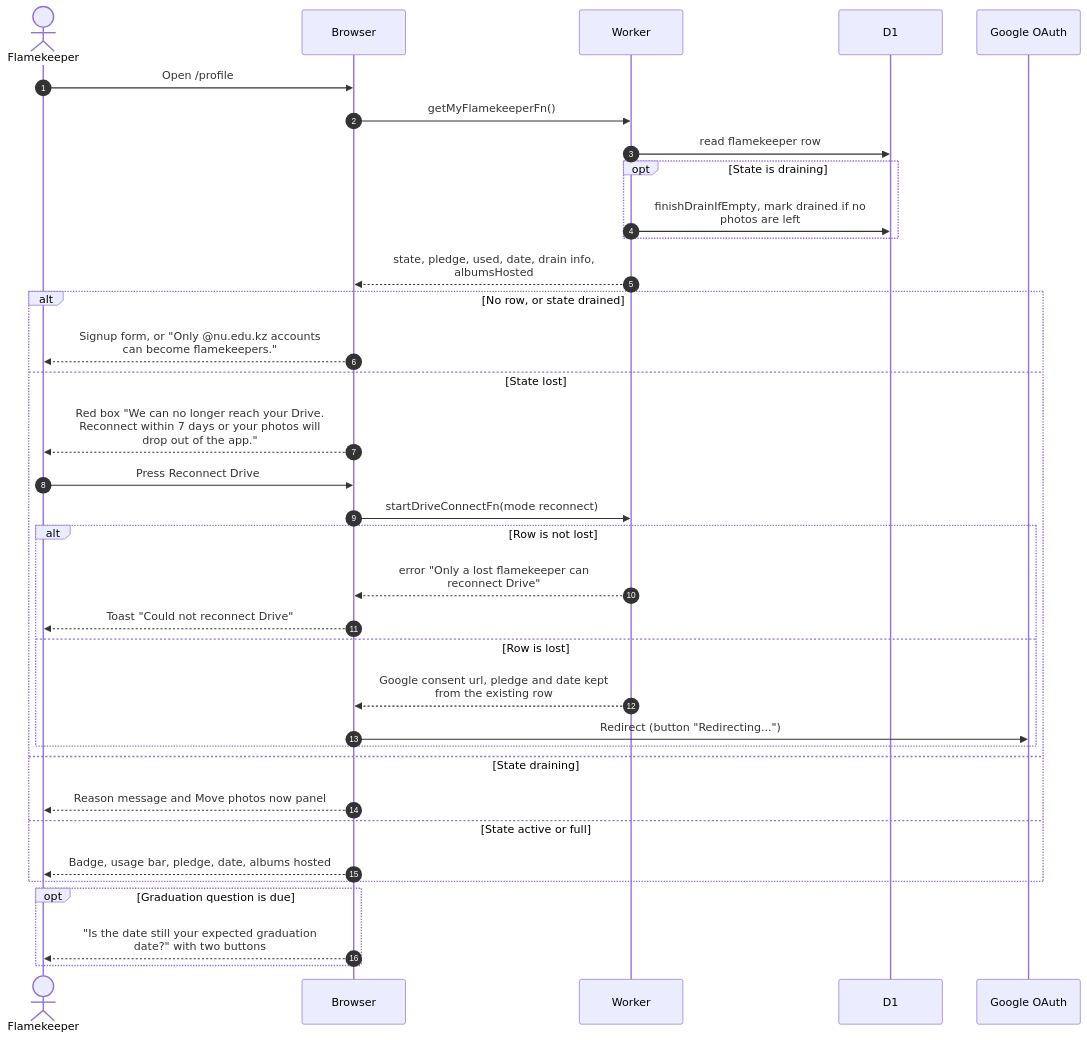
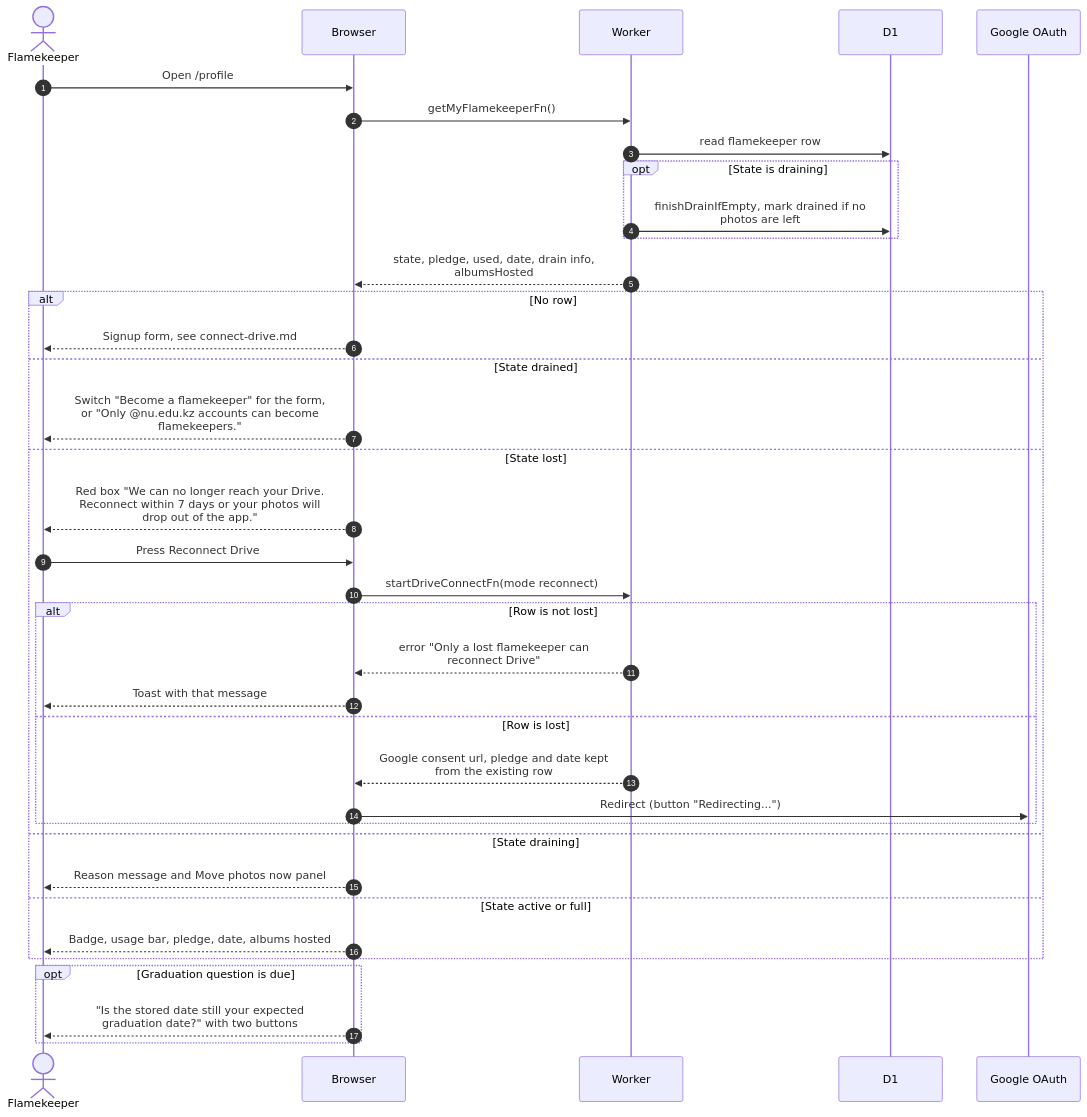
One commit to sagyzdop/meriksirat changed the diagram in docs/scenarios/flamekeepers/profile-card.md. Above: the diagram before and after it, drawn with Mermaid. The commit also changed other lines of this file and 12 other files, not shown here.

Commit message:
docs(scenarios): verify flamekeepers diagrams against the code

````diff
--- a/docs/scenarios/flamekeepers/profile-card.md
+++ b/docs/scenarios/flamekeepers/profile-card.md
@@ -28,37 +35,39 @@
 ```mermaid
 sequenceDiagram
     autonumber
     actor F as Flamekeeper
     participant Browser
     participant Worker
     participant D1
     participant GO as Google OAuth
     F->>Browser: Open /profile
     Browser->>Worker: getMyFlamekeeperFn()
     Worker->>D1: read flamekeeper row
     opt State is draining
         Worker->>D1: finishDrainIfEmpty, mark drained if no<br/>photos are left
     end
     Worker-->>Browser: state, pledge, used, date, drain info,<br/>albumsHosted
-    alt No row, or state drained
-        Browser-->>F: Signup form, or "Only @nu.edu.kz accounts<br/>can become flamekeepers."
+    alt No row
+        Browser-->>F: Signup form, see connect-drive.md
+    else State drained
+        Browser-->>F: Switch "Become a flamekeeper" for the form,<br/>or "Only @nu.edu.kz accounts can become<br/>flamekeepers."
     else State lost
         Browser-->>F: Red box "We can no longer reach your Drive.<br/>Reconnect within 7 days or your photos will<br/>drop out of the app."
         F->>Browser: Press Reconnect Drive
         Browser->>Worker: startDriveConnectFn(mode reconnect)
         alt Row is not lost
             Worker-->>Browser: error "Only a lost flamekeeper can<br/>reconnect Drive"
-            Browser-->>F: Toast "Could not reconnect Drive"
+            Browser-->>F: Toast with that message
         else Row is lost
             Worker-->>Browser: Google consent url, pledge and date kept<br/>from the existing row
             Browser->>GO: Redirect (button "Redirecting...")
         end
     else State draining
         Browser-->>F: Reason message and Move photos now panel
     else State active or full
         Browser-->>F: Badge, usage bar, pledge, date, albums hosted
     end
     opt Graduation question is due
-        Browser-->>F: "Is the date still your expected graduation<br/>date?" with two buttons
+        Browser-->>F: "Is the stored date still your expected<br/>graduation date?" with two buttons
     end
 ```
````
